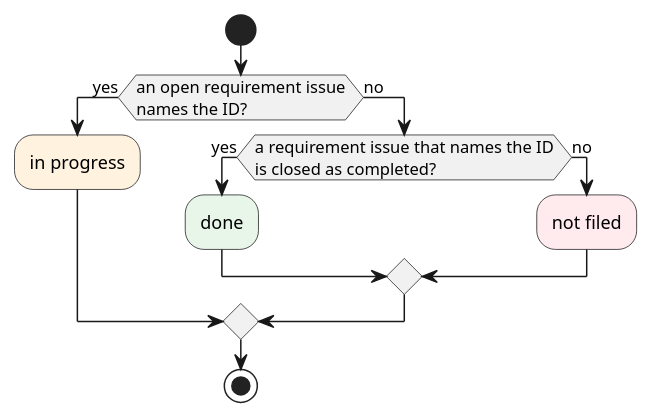
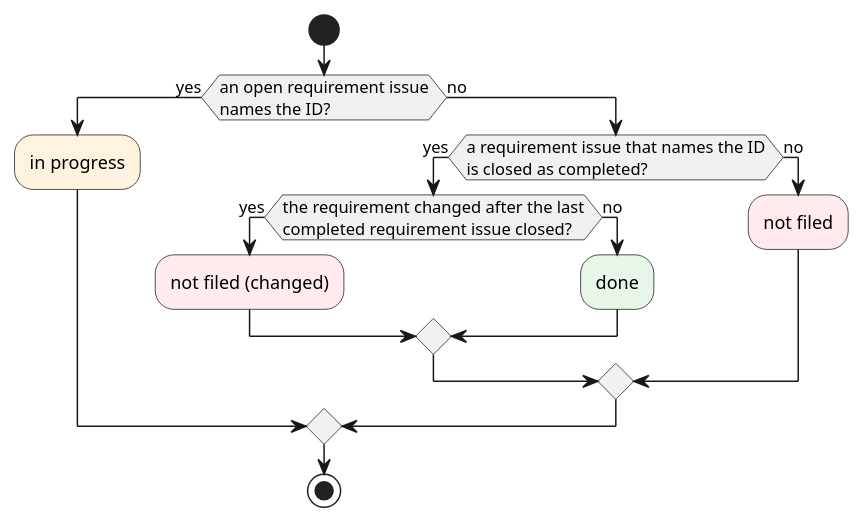
One commit to cloveclovedev/cumin-trace changed the diagram in docs/ja/requirements/trace/trace-progress.puml. Above: the diagram before and after it, drawn with PlantUML. The commit also changed 5 other files, not shown here.

First line of the commit message:
docs(requirements): show a requirement that changed after its requirement issues closed as not filed (#181)

```diff
--- a/docs/ja/requirements/trace/trace-progress.puml
+++ b/docs/ja/requirements/trace/trace-progress.puml
@@ -1,15 +1,19 @@
 @startuml trace-progress
 skinparam shadowing false
 
 start
 if (an open requirement issue\nnames the ID?) then (yes)
   #FFF3E0:in progress;
 else (no)
   if (a requirement issue that names the ID\nis closed as completed?) then (yes)
-    #E8F5E9:done;
+    if (the requirement changed after the last\ncompleted requirement issue closed?) then (yes)
+      #FFEBEE:not filed (changed);
+    else (no)
+      #E8F5E9:done;
+    endif
   else (no)
     #FFEBEE:not filed;
   endif
 endif
 stop
 @enduml
```
